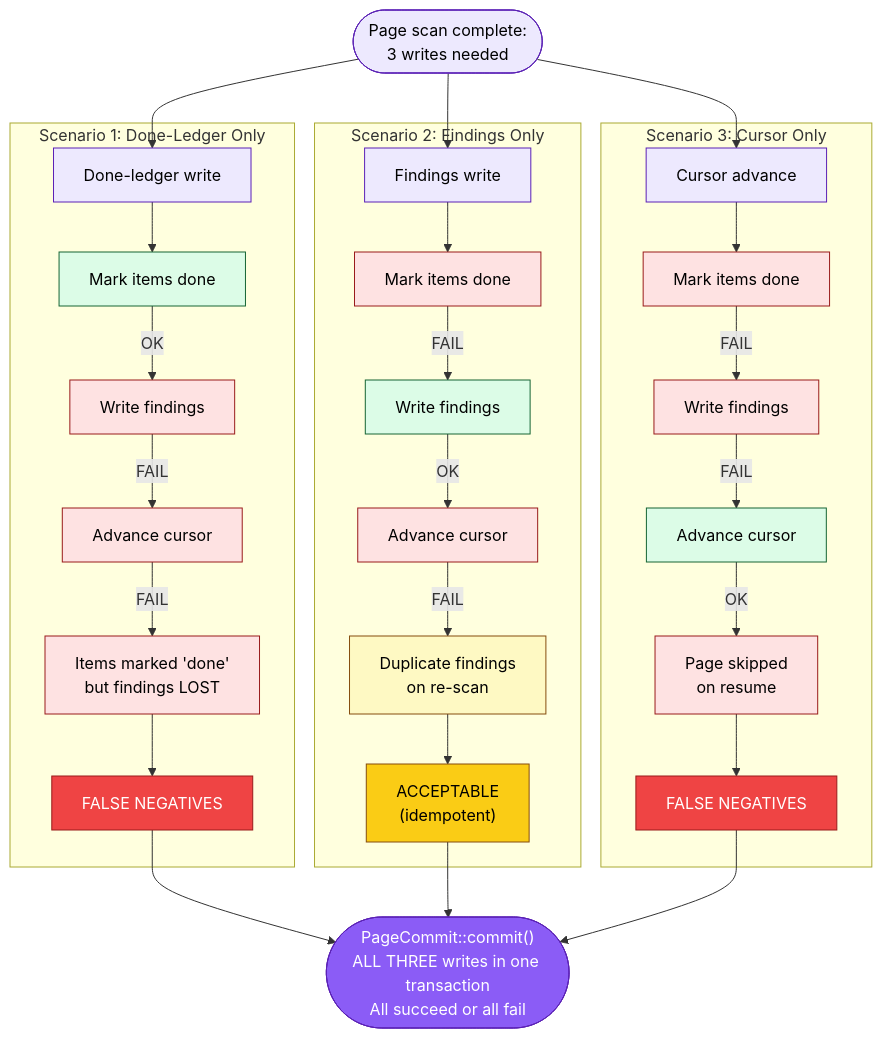
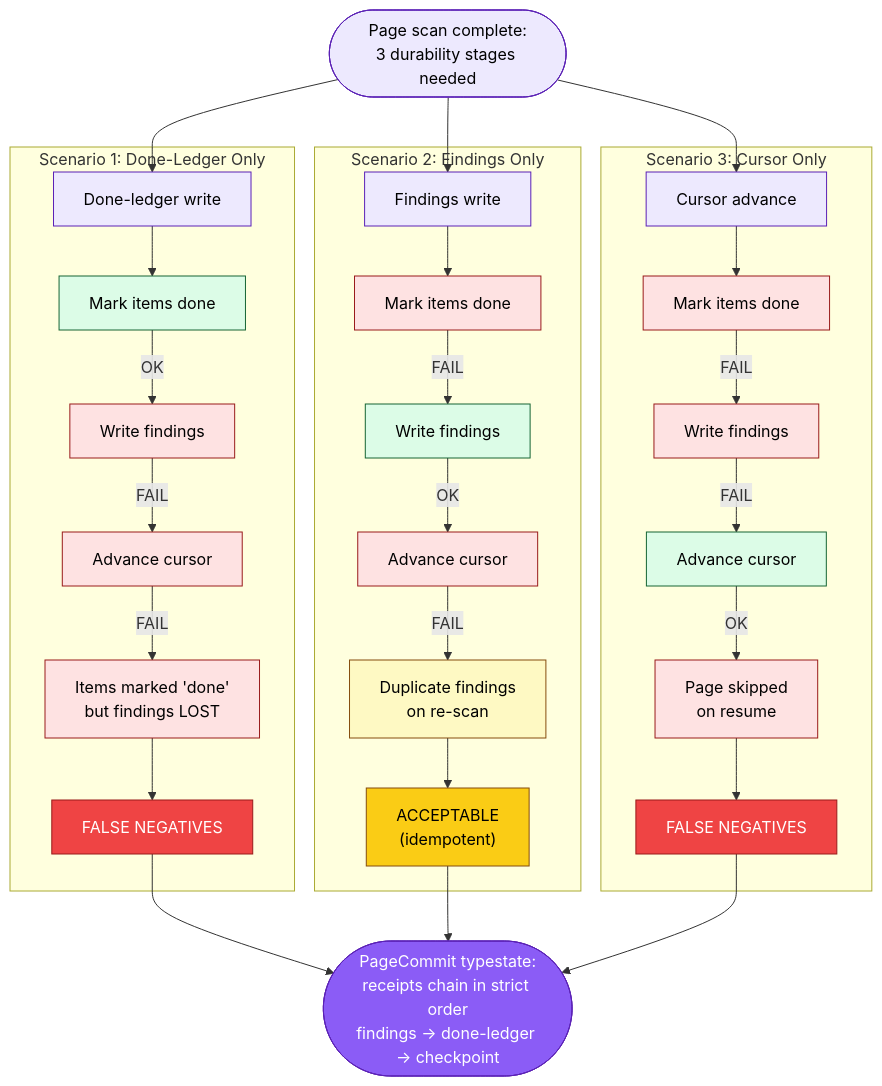
Before and after one commit to ahrav/Gossip-rs: the second of 4 diagrams in diagrams/08-pagecommit-typestate.md, drawn with Mermaid. The commit also changed other lines of this file and 29 other files, not shown here.

First line of the commit message:
Update diagram directory inventory and diagram counts

````diff
--- a/diagrams/08-pagecommit-typestate.md
+++ b/diagrams/08-pagecommit-typestate.md
@@ -118,7 +174,7 @@
 ```mermaid
 %% Diagram: partial-write-failure-scenarios
 graph TD
-    START(["Page scan complete:<br/>3 writes needed"])
+    START(["Page scan complete:<br/>3 durability stages needed"])
 
     START --> S1_TITLE
     START --> S2_TITLE
@@ -169,7 +225,7 @@
         S3_RESULT --> S3_VERDICT
     end
 
-    ATOMIC(["PageCommit::commit()<br/>ALL THREE writes in one transaction<br/>All succeed or all fail"])
+    ATOMIC(["PageCommit typestate:<br/>receipts chain in strict order<br/>findings → done-ledger → checkpoint"])
 
     S1_VERDICT --> ATOMIC
     S2_VERDICT --> ATOMIC
````
